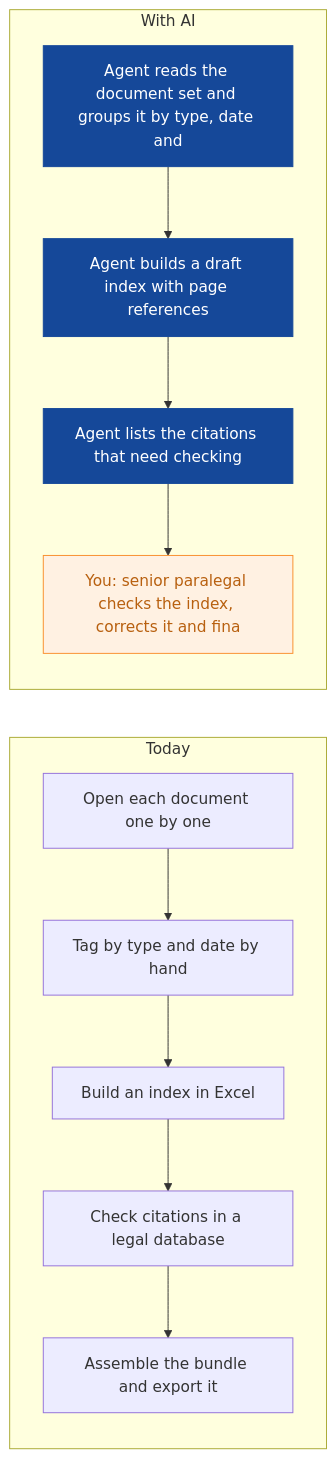
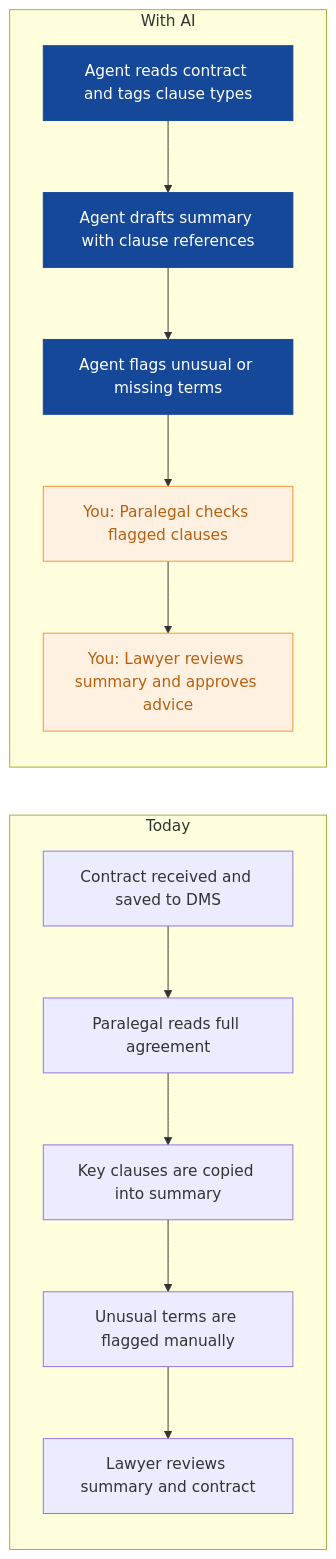
Before and after one commit to nexibeo/Complete-AI-Strategy: the fourth of 9 diagrams in strategies/lumen-legal.md, drawn with Mermaid. The commit also changed other lines of this file and 26 other files, not shown here.

````diff
--- a/strategies/lumen-legal.md
+++ b/strategies/lumen-legal.md
@@ -132,22 +140,23 @@
 ```mermaid
 flowchart LR
   subgraph Today
-    B0["Open each document one by one"]
-    B1["Tag by type and date by hand"]
-    B2["Build an index in Excel"]
-    B3["Check citations in a legal database"]
-    B4["Assemble the bundle and export it"]
+    B0["Contract received and saved to DMS"]
+    B1["Paralegal reads full agreement"]
+    B2["Key clauses are copied into summary"]
+    B3["Unusual terms are flagged manually"]
+    B4["Lawyer reviews summary and contract"]
     B0 --> B1 --> B2 --> B3 --> B4
   end
   subgraph WithAI[With AI]
-    A0["Agent reads the document set and groups it by type, date and"]
-    A1["Agent builds a draft index with page references"]
-    A2["Agent lists the citations that need checking"]
-    A3["You: senior paralegal checks the index, corrects it and fina"]
-    A0 --> A1 --> A2 --> A3
+    A0["Agent reads contract and tags clause types"]
+    A1["Agent drafts summary with clause references"]
+    A2["Agent flags unusual or missing terms"]
+    A3["You: Paralegal checks flagged clauses"]
+    A4["You: Lawyer reviews summary and approves advice"]
+    A0 --> A1 --> A2 --> A3 --> A4
   end
   classDef ai fill:#154899,color:#fff,stroke:#154899
   classDef human fill:#FFF1E2,color:#B8600F,stroke:#F98F2C
   class A0,A1,A2 ai
-  class A3 human
+  class A3,A4 human
 ```
````
